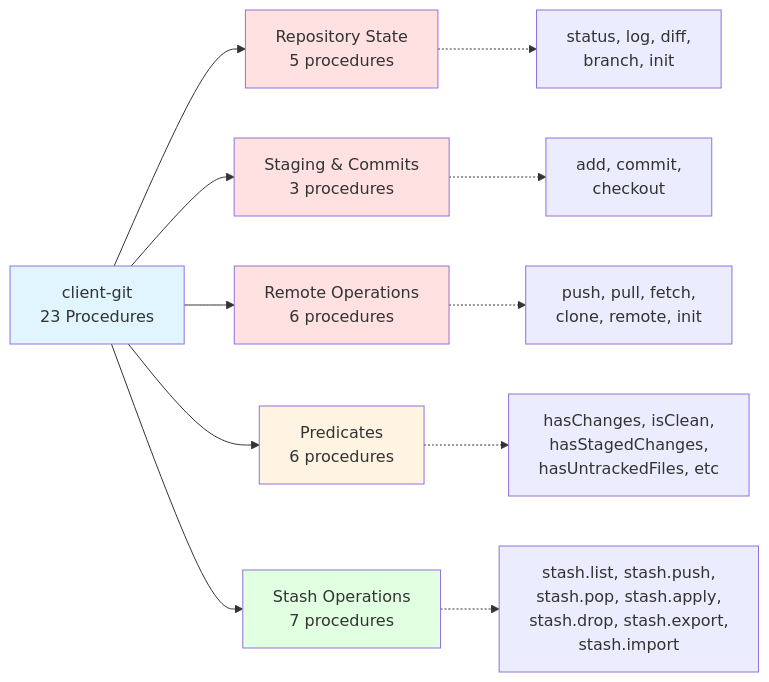
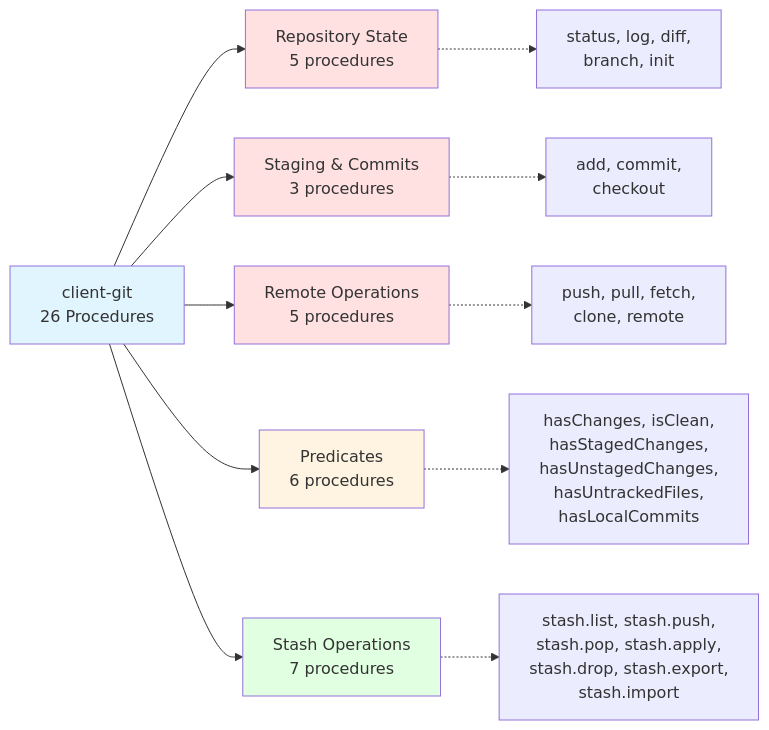
Before and after one commit to mark1russell7/client: the second of 3 diagrams in packages/client-git/README.md, drawn with Mermaid. The commit also changed other lines of this file and 2 other files, not shown here.

Commit message:
docs: correct the stale counts and lists (deep dive SITE-13)
- The root README lists `site` and links the website.
- client-git README: 26 procedures (it said 23), init only under Repository State, and the
  six predicates by name.
- bundle-mcp README: the namespaces without `cli`, `mcpExclude`, the tool snapshot as the
  source of the count (62 tools, it said 68), and docker through `shell.run`.

````diff
--- a/packages/client-git/README.md
+++ b/packages/client-git/README.md
@@ -37,21 +37,21 @@
 ```mermaid
 graph LR
-    A[client-git<br/>23 Procedures] --> B[Repository State<br/>5 procedures]
+    A[client-git<br/>26 Procedures] --> B[Repository State<br/>5 procedures]
     A --> C[Staging & Commits<br/>3 procedures]
-    A --> D[Remote Operations<br/>6 procedures]
+    A --> D[Remote Operations<br/>5 procedures]
     A --> E[Predicates<br/>6 procedures]
     A --> F[Stash Operations<br/>7 procedures]
 
     B -.-> B1[status, log, diff,<br/>branch, init]
     C -.-> C1[add, commit,<br/>checkout]
-    D -.-> D1[push, pull, fetch,<br/>clone, remote, init]
-    E -.-> E1[hasChanges, isClean,<br/>hasStagedChanges,<br/>hasUntrackedFiles, etc]
+    D -.-> D1[push, pull, fetch,<br/>clone, remote]
+    E -.-> E1[hasChanges, isClean,<br/>hasStagedChanges,<br/>hasUnstagedChanges,<br/>hasUntrackedFiles,<br/>hasLocalCommits]
     F -.-> F1[stash.list, stash.push,<br/>stash.pop, stash.apply,<br/>stash.drop, stash.export,<br/>stash.import]
 
     style A fill:#e1f5ff
     style B fill:#ffe1e1
     style C fill:#ffe1e1
     style D fill:#ffe1e1
     style E fill:#fff4e1
     style F fill:#e1ffe1
 ```
````
